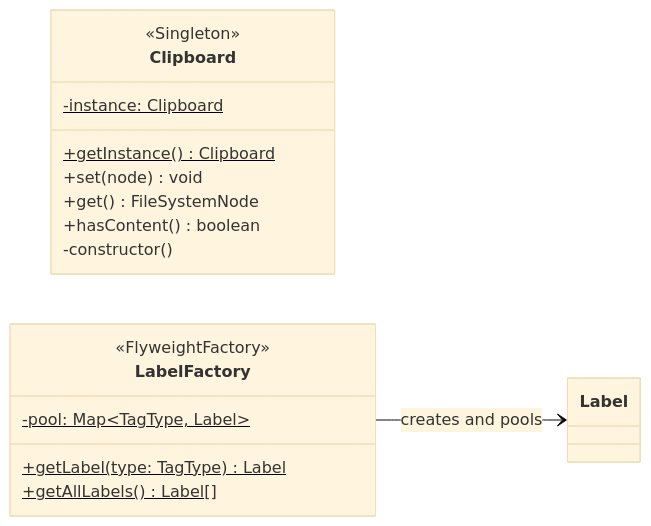
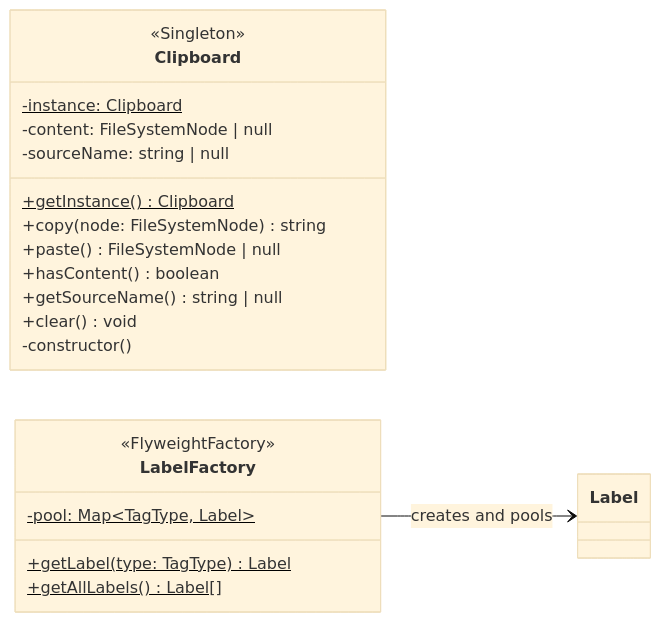
One commit to Sean11133/XD changed the sixth of 8 diagrams in README.md. Above: the diagram before and after it, drawn with Mermaid (base theme). The commit also changed other lines of this file and 2 other files, not shown here.

Commit message:
docs: align diagrams and redesign ER schema for extensible file types

````diff
--- a/README.md
+++ b/README.md
@@ -581,23 +652,27 @@
 ```mermaid
 classDiagram
     direction LR
 
     class Clipboard {
         <<Singleton>>
         -instance: Clipboard$
+      -content: FileSystemNode | null
+      -sourceName: string | null
         +getInstance() Clipboard$
-        +set(node) void
-        +get() FileSystemNode
+      +copy(node: FileSystemNode) string
+      +paste() FileSystemNode | null
         +hasContent() boolean
+      +getSourceName() string | null
+      +clear() void
         -constructor()
     }
 
     class LabelFactory {
         <<FlyweightFactory>>
         -pool: Map~TagType, Label~$
         +getLabel(type: TagType) Label$
         +getAllLabels() Label[]$
     }
 
     LabelFactory --> Label : creates and pools
 ```
````
